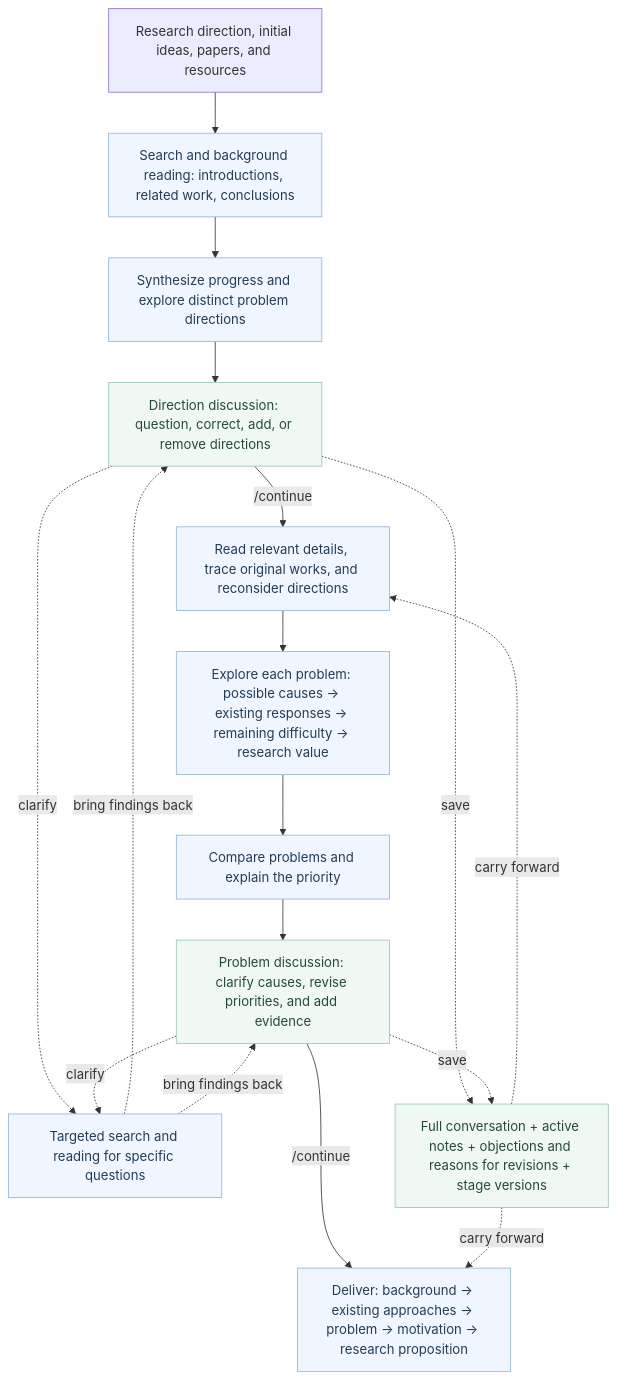
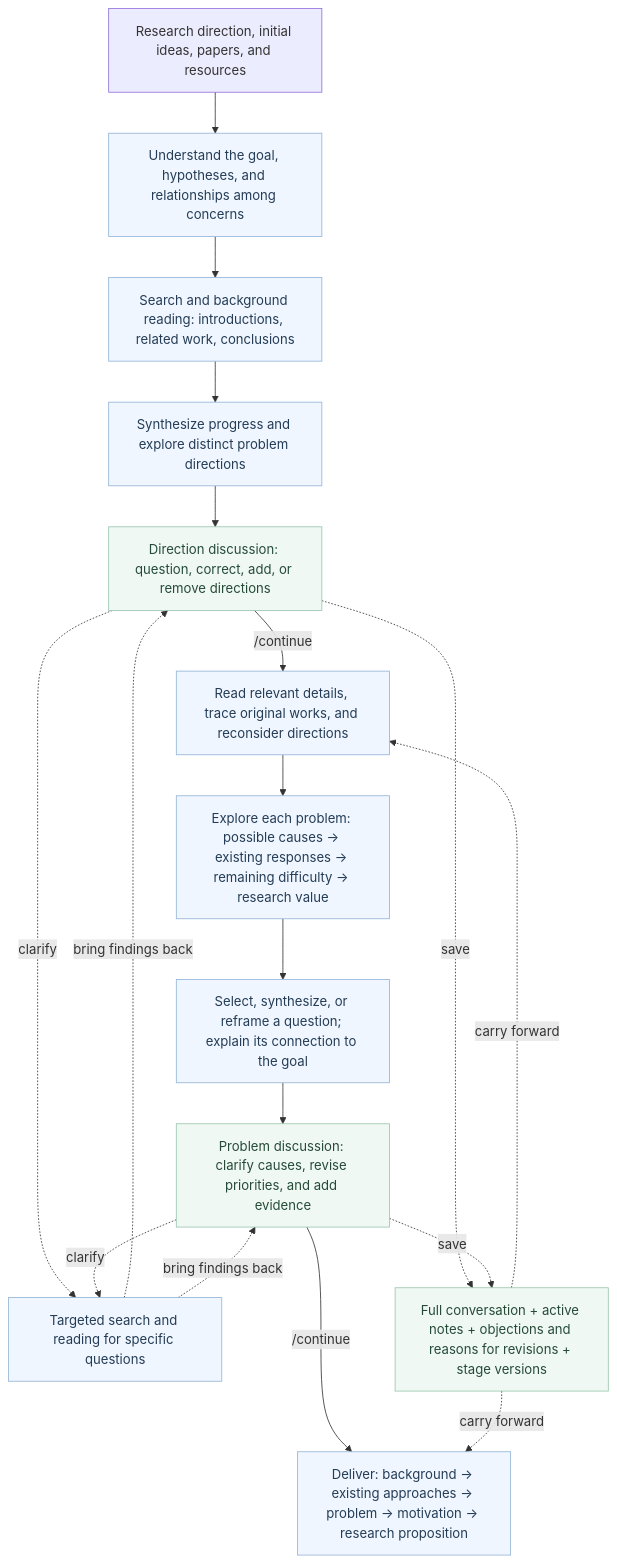
One commit to ghh1125/Research-idea changed the diagram in README.md. Above: the diagram before and after it, drawn with Mermaid. The commit also changed other lines of this file and 35 other files, not shown here.

````diff
--- a/README.md
+++ b/README.md
@@ -31,30 +31,31 @@
 ```mermaid
 flowchart TD
     U["Research direction, initial ideas, papers, and resources"]
     A["Search and background reading: introductions, related work, conclusions"]
     B["Synthesize progress and explore distinct problem directions"]
     D["Direction discussion: question, correct, add, or remove directions"]
     C["Read relevant details, trace original works, and reconsider directions"]
     X["Explore each problem: possible causes → existing responses → remaining difficulty → research value"]
-    E["Compare problems and explain the priority"]
+    E["Select, synthesize, or reframe a question; explain its connection to the goal"]
     P["Problem discussion: clarify causes, revise priorities, and add evidence"]
     R["Targeted search and reading for specific questions"]
     O["Deliver: background → existing approaches → problem → motivation → research proposition"]
     M["Full conversation + active notes + objections and reasons for revisions + stage versions"]
-    U --> A --> B --> D
+    I["Understand the goal, hypotheses, and relationships among concerns"]
+    U --> I --> A --> B --> D
     D -->|/continue| C
     C --> X --> E --> P
     P -->|/continue| O
     D -.clarify.-> R
     P -.clarify.-> R
     R -.bring findings back.-> D
     R -.bring findings back.-> P
     D -.save.-> M
     P -.save.-> M
     M -.carry forward.-> C
     M -.carry forward.-> O
     classDef work fill:#eff6ff,stroke:#93b4d6,color:#243c55
     classDef discuss fill:#f0f8f4,stroke:#9ac6af,color:#254b38
-    class A,B,C,X,E,R,O work
+    class I,A,B,C,X,E,R,O work
     class D,P,M discuss
 ```
````
